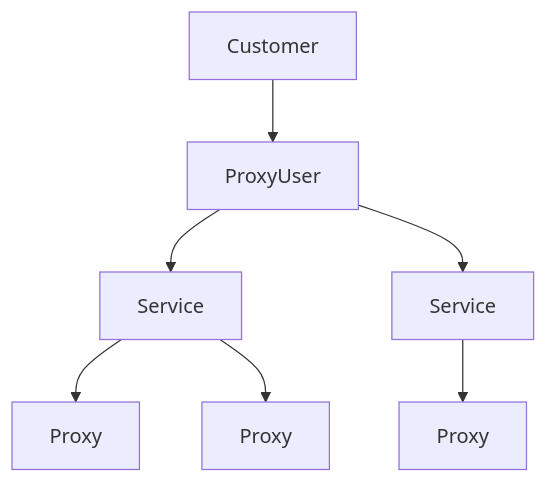
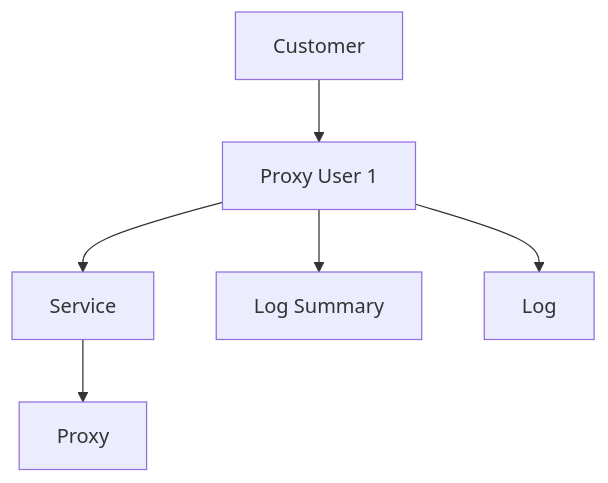
The diagram in api-objects/proxy_user.mdx (pingproxies/ping-proxies-public-api-docs), drawn with Mermaid before and after one commit. The commit also changed other lines of this file, not shown here.

Commit message:
fix: proxy_user added

````diff
--- a/api-objects/proxy_user.mdx
+++ b/api-objects/proxy_user.mdx
@@ -34,9 +34,8 @@
 ```mermaid
 graph TD
-    Customer --> ProxyUser
-    ProxyUser --> Service1[Service]
-    ProxyUser --> Service2[Service]
+    Customer --> ProxyUser1[Proxy User 1]
+    ProxyUser1 --> Service1[Service]
     Service1 --> Proxy1[Proxy]
-    Service1 --> Proxy2[Proxy]
-    Service2 --> Proxy3[Proxy]
+    ProxyUser1 --> LogSummary[Log Summary]
+    ProxyUser1 --> Log[Log]
 ```
````
